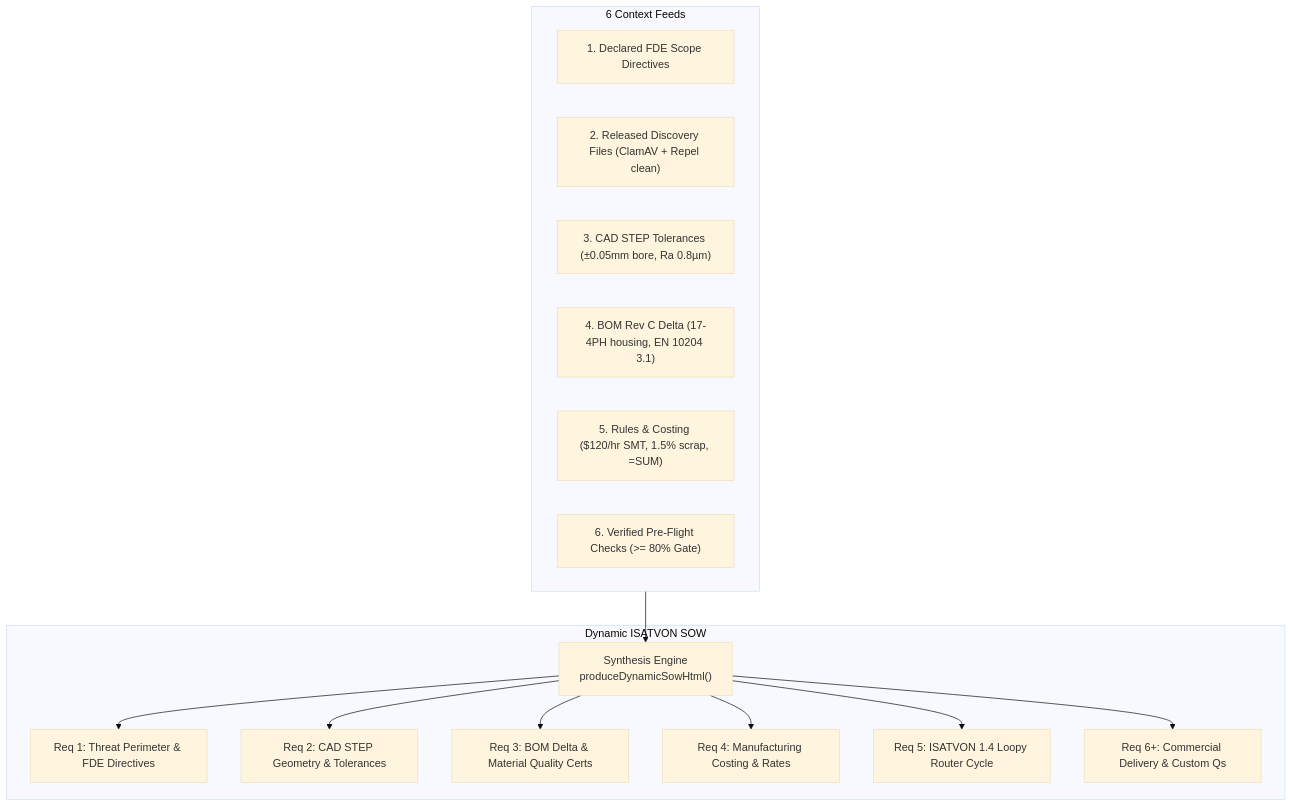
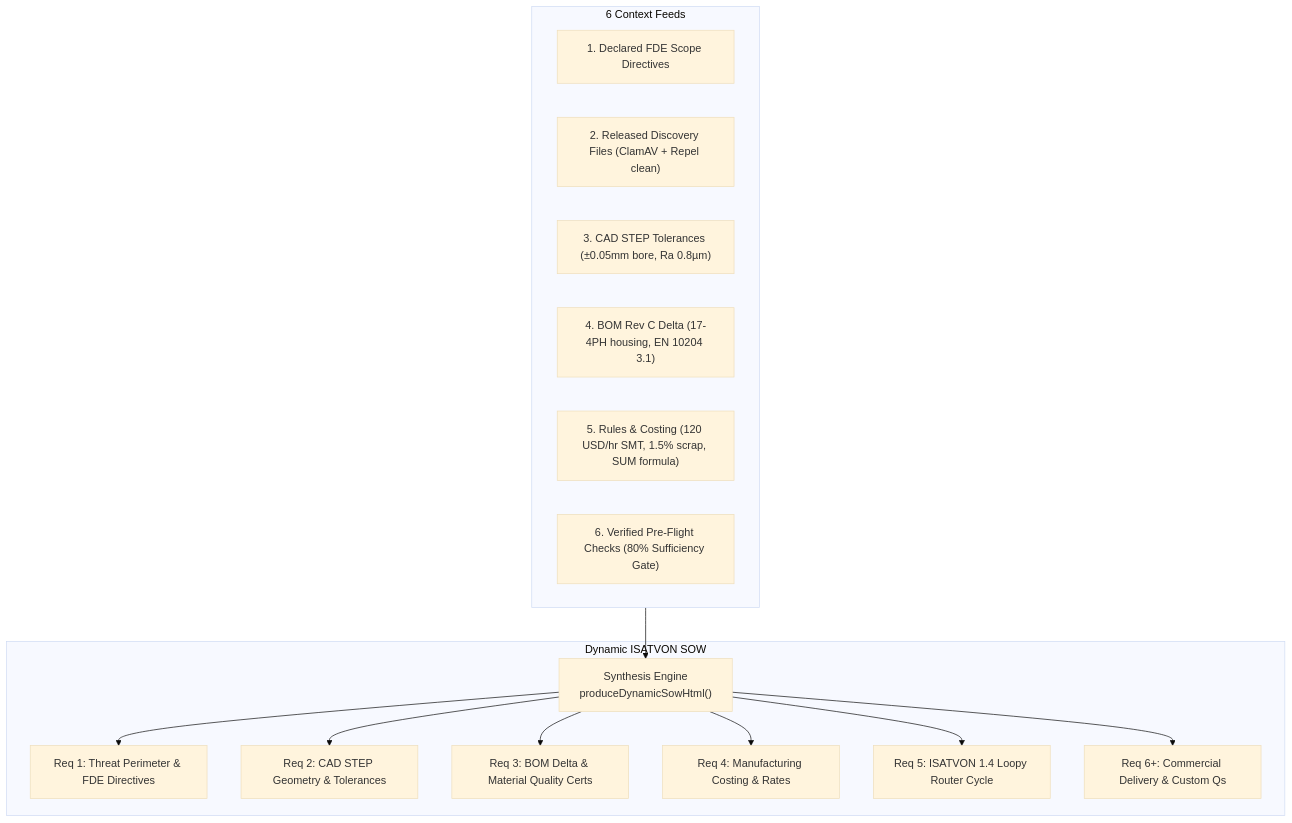
One commit to AI-Engineer888NagabhushanaRajuS/BAM-full-ui- changed the fifth of 7 diagrams in README.md. Above: the diagram before and after it, drawn with Mermaid (base theme). The commit also changed other lines of this file, not shown here.

Commit message:
docs: fix mermaid diagram syntax, add AI bootstrap prompt, and add contributors

````diff
--- a/README.md
+++ b/README.md
@@ -211,22 +211,22 @@
 ```mermaid
 flowchart TD
     subgraph Feeds["6 Context Feeds"]
         F1["1. Declared FDE Scope Directives"]
         F2["2. Released Discovery Files (ClamAV + Repel clean)"]
         F3["3. CAD STEP Tolerances (±0.05mm bore, Ra 0.8µm)"]
         F4["4. BOM Rev C Delta (17-4PH housing, EN 10204 3.1)"]
-        F5["5. Rules & Costing ($120/hr SMT, 1.5% scrap, =SUM)"]
-        F6["6. Verified Pre-Flight Checks (>= 80% Gate)"]
+        F5["5. Rules & Costing (120 USD/hr SMT, 1.5% scrap, SUM formula)"]
+        F6["6. Verified Pre-Flight Checks (80% Sufficiency Gate)"]
     end
 
     Feeds --> ENG["Synthesis Engine\nproduceDynamicSowHtml()"]
 
     subgraph Output["Dynamic ISATVON SOW"]
         ENG --> R1["Req 1: Threat Perimeter & FDE Directives"]
         ENG --> R2["Req 2: CAD STEP Geometry & Tolerances"]
         ENG --> R3["Req 3: BOM Delta & Material Quality Certs"]
         ENG --> R4["Req 4: Manufacturing Costing & Rates"]
         ENG --> R5["Req 5: ISATVON 1.4 Loopy Router Cycle"]
         ENG --> R6["Req 6+: Commercial Delivery & Custom Qs"]
     end
 ```
````
